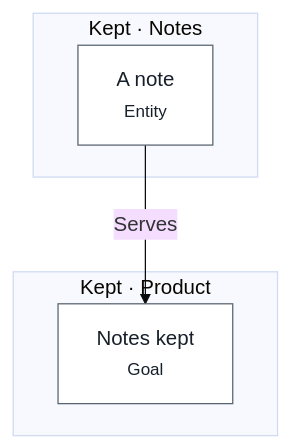
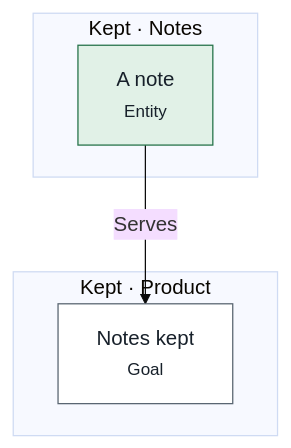
Before and after one commit to advancedcognitivesystems-ai/trame: the diagram in examples/kept/docs/layers.md, drawn with Mermaid (base theme). The commit also changed 191 other files, not shown here.

````diff
--- a/examples/kept/docs/layers.md
+++ b/examples/kept/docs/layers.md
@@ -5,15 +5,15 @@
 ```mermaid
 flowchart TB
   subgraph notes["Kept · Notes"]
-    n0["A note<br/><small>Entity</small>"]:::neutral
+    n0["A note<br/><small>Entity</small>"]:::held
   end
   subgraph product["Kept · Product"]
     n1["Notes kept<br/><small>Goal</small>"]:::neutral
   end
   n0 -->|Serves| n1
   classDef held fill:#e1f1e7,stroke:#26734a,color:#17202a
   classDef blocked fill:#fbf0d9,stroke:#9a6200,color:#17202a
   classDef violated fill:#f9e3e1,stroke:#ad2a22,color:#17202a
   classDef unknown fill:#e9edf0,stroke:#65707c,color:#17202a
   classDef neutral fill:#ffffff,stroke:#5a6672,color:#17202a
 ```
````
